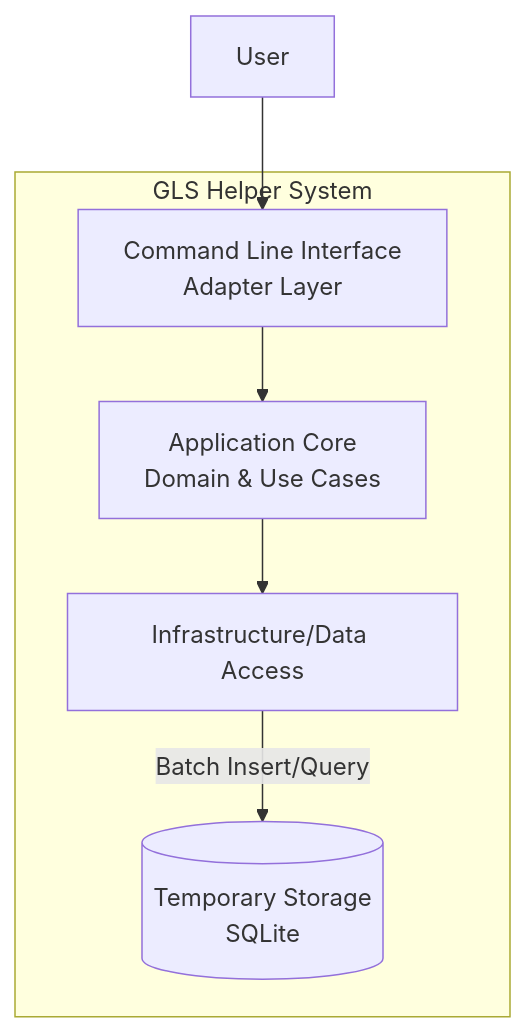
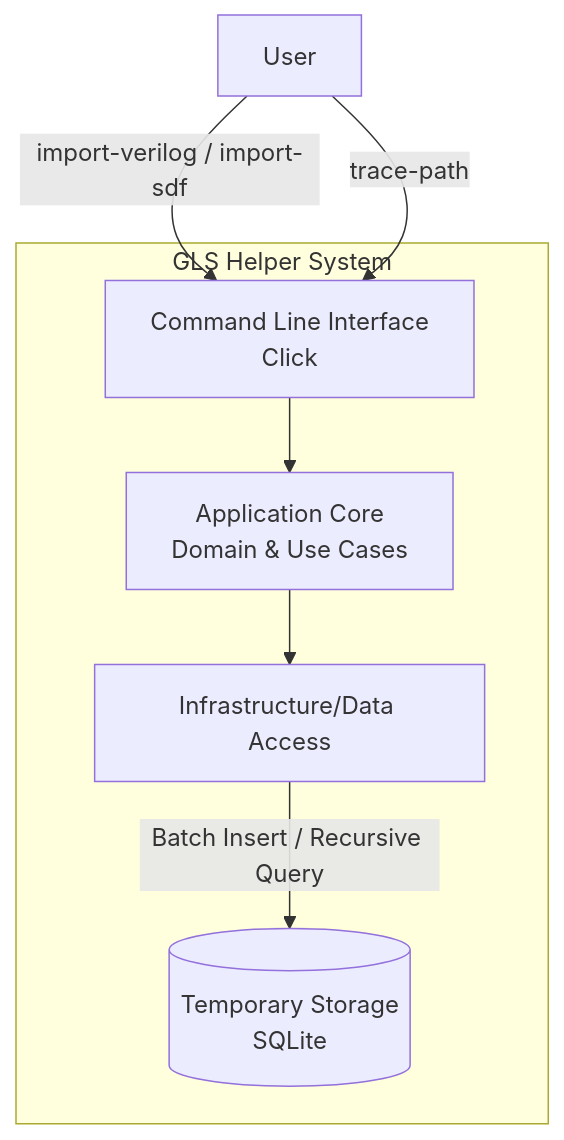
Before and after one commit to taroskee/GLS-Helper: the second of 4 diagrams in c4-architecture.md, drawn with Mermaid. The commit also changed other lines of this file, not shown here.

Commit message:
fix: c4-architecture.md

````diff
--- a/c4-architecture.md
+++ b/c4-architecture.md
@@ -37,16 +37,17 @@
 ```mermaid
 graph TB
     User[User]
 
     subgraph "GLS Helper System"
-        CLI[Command Line Interface<br>Adapter Layer]
+        CLI[Command Line Interface<br>Click]
         Core[Application Core<br>Domain & Use Cases]
         Infra[Infrastructure/Data Access]
         LocalDB[(Temporary Storage<br>SQLite)]
     end
 
-    User --> CLI
+    User -- "import-verilog / import-sdf" --> CLI
+    User -- "trace-path" --> CLI
     CLI --> Core
     Core --> Infra
-    Infra -- "Batch Insert/Query" --> LocalDB
+    Infra -- "Batch Insert / Recursive Query" --> LocalDB
 ```
````
